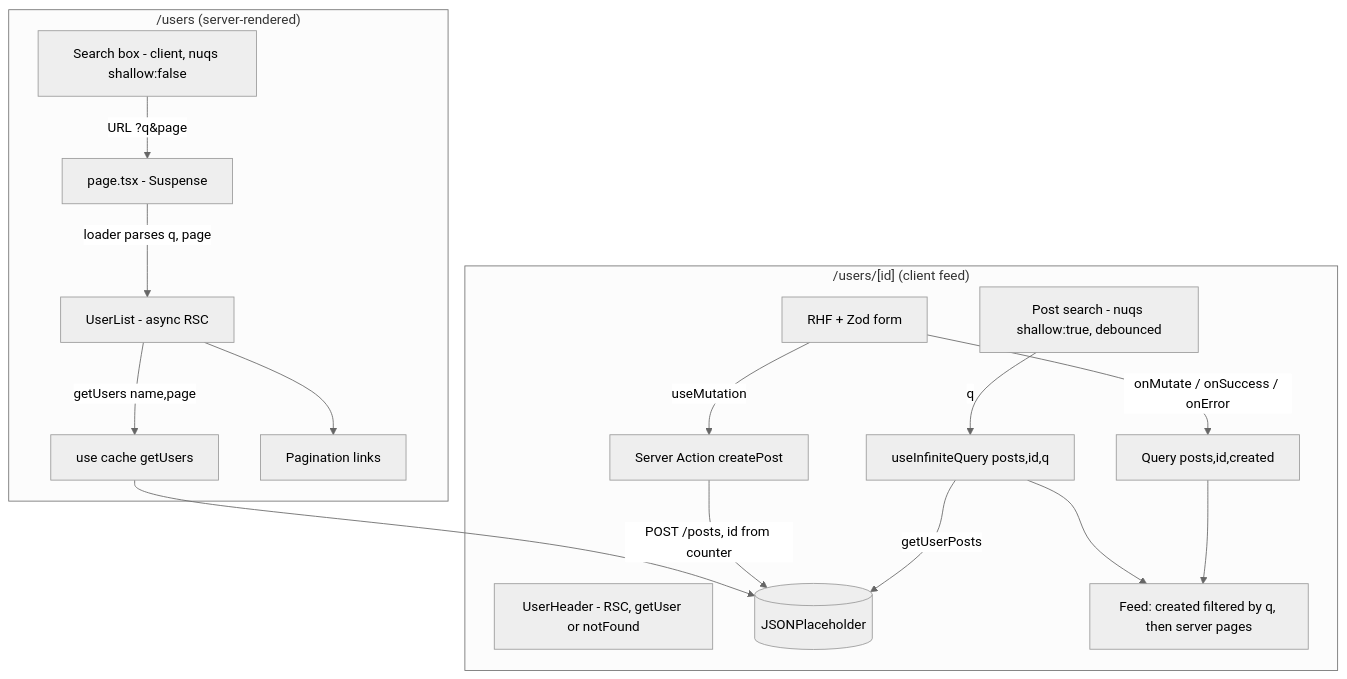
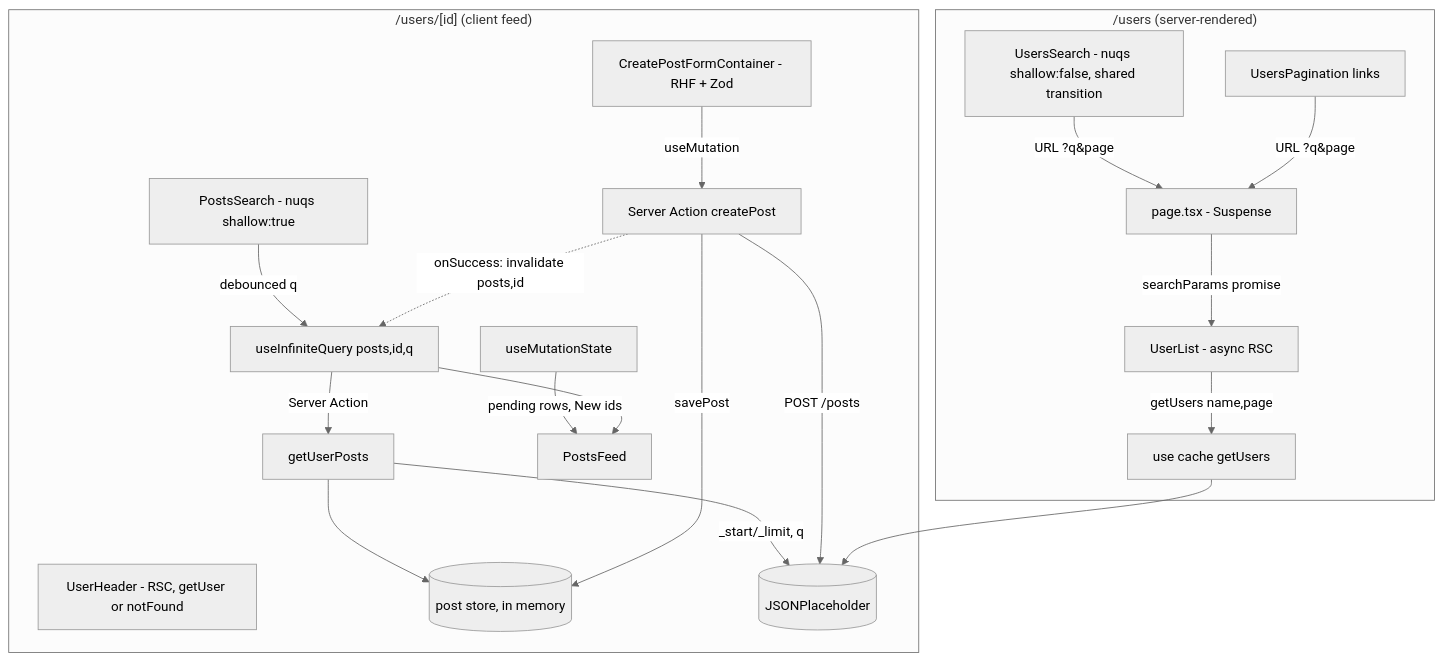
One commit to Val020213/user-feed changed the first of 2 diagrams in docs/plans/2026-11-15-1741-feat-user-feed-take-home-plan.md. Above: the diagram before and after it, drawn with Mermaid (neutral theme). The commit also changed other lines of this file, not shown here.

````diff
--- a/docs/plans/2026-11-15-1741-feat-user-feed-take-home-plan.md
+++ b/docs/plans/2026-11-15-1741-feat-user-feed-take-home-plan.md
@@ -147,20 +158,23 @@
 ```mermaid
 flowchart TB
   subgraph Users["/users (server-rendered)"]
-    SB[Search box - client, nuqs shallow:false] -->|URL ?q&page| PG[page.tsx - Suspense]
-    PG -->|loader parses q, page| UL[UserList - async RSC]
+    SB[UsersSearch - nuqs shallow:false, shared transition] -->|URL ?q&page| PG[page.tsx - Suspense]
+    PN[UsersPagination links] -->|URL ?q&page| PG
+    PG -->|searchParams promise| UL[UserList - async RSC]
     UL -->|getUsers name,page| UC["use cache" getUsers]
-    UL --> PN[Pagination links]
   end
   subgraph Posts["/users/[id] (client feed)"]
     HD[UserHeader - RSC, getUser or notFound]
-    PS[Post search - nuqs shallow:true, debounced] -->|q| FQ[useInfiniteQuery posts,id,q]
-    FQ -->|getUserPosts| JP[(JSONPlaceholder)]
-    CQ[Query posts,id,created] --> FEED[Feed: created filtered by q, then server pages]
+    PS[PostsSearch - nuqs shallow:true] -->|debounced q| FQ[useInfiniteQuery posts,id,q]
+    FQ -->|Server Action| GP[getUserPosts]
+    GP --> ST[(post store, in memory)]
+    GP -->|_start/_limit, q| JP[(JSONPlaceholder)]
+    FORM[CreatePostFormContainer - RHF + Zod] -->|useMutation| CP[Server Action createPost]
+    CP -->|POST /posts| JP
+    CP -->|savePost| ST
+    CP -.->|onSuccess: invalidate posts,id| FQ
+    MS[useMutationState] -->|pending rows, New ids| FEED[PostsFeed]
     FQ --> FEED
-    FORM[RHF + Zod form] -->|useMutation| SA[Server Action createPost]
-    SA -->|POST /posts, id from counter| JP
-    FORM -->|onMutate / onSuccess / onError| CQ
   end
   UC --> JP
 ```
````
